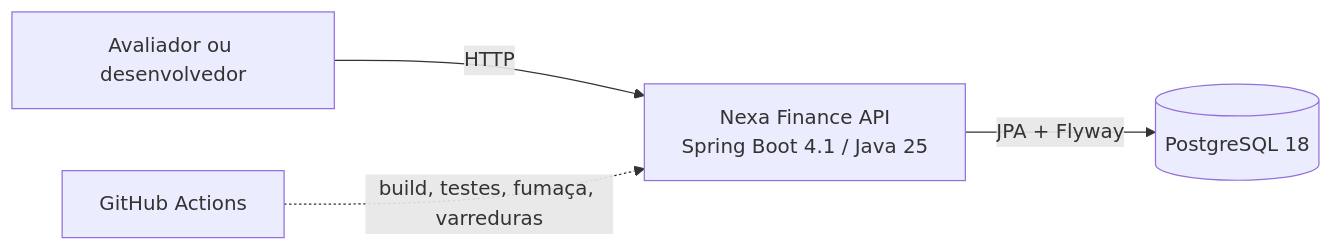
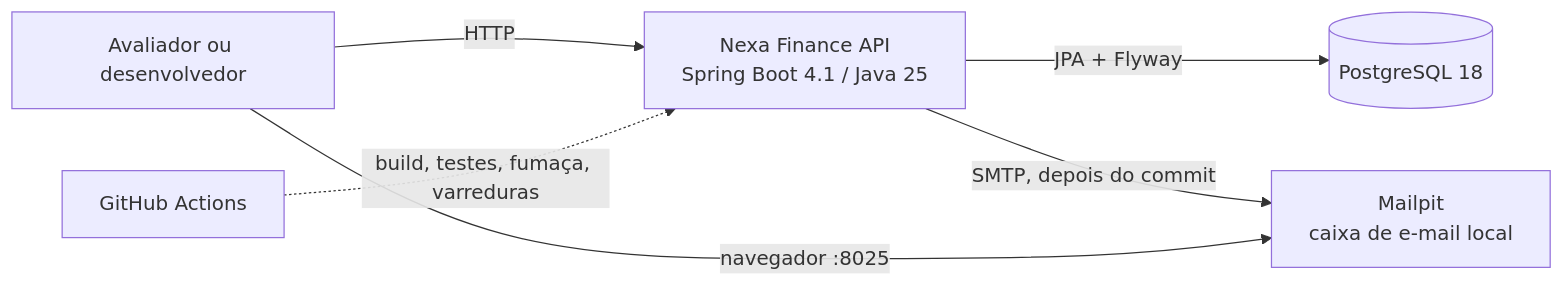
Before and after one commit to maykontardoche/nexa-finance-api: the first of 2 diagrams in docs/arquitetura/README.md, drawn with Mermaid. The commit also changed other lines of this file and 22 other files, not shown here.

First line of the commit message:
feat: caixa de e-mail local, envio depois do commit e origem da requisição

````diff
--- a/docs/arquitetura/README.md
+++ b/docs/arquitetura/README.md
@@ -17,6 +19,8 @@
 ```mermaid
 flowchart LR
   user[Avaliador ou desenvolvedor] -->|HTTP| api[Nexa Finance API<br/>Spring Boot 4.1 / Java 25]
   api -->|JPA + Flyway| db[(PostgreSQL 18)]
+  api -->|SMTP, depois do commit| mail[Mailpit<br/>caixa de e-mail local]
+  user -->|navegador :8025| mail
   ci[GitHub Actions] -.->|build, testes, fumaça, varreduras| api
 ```
````
